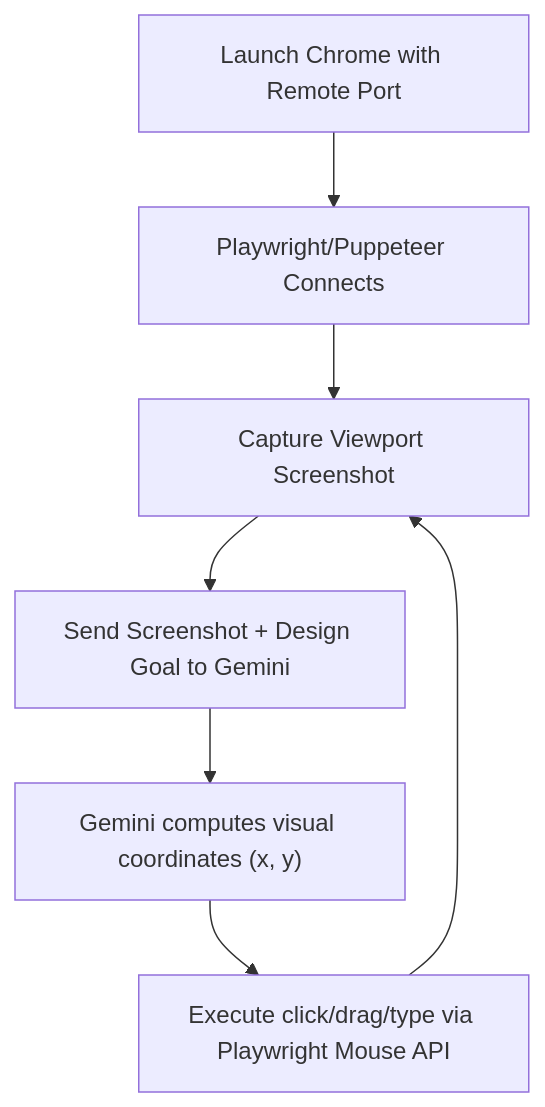
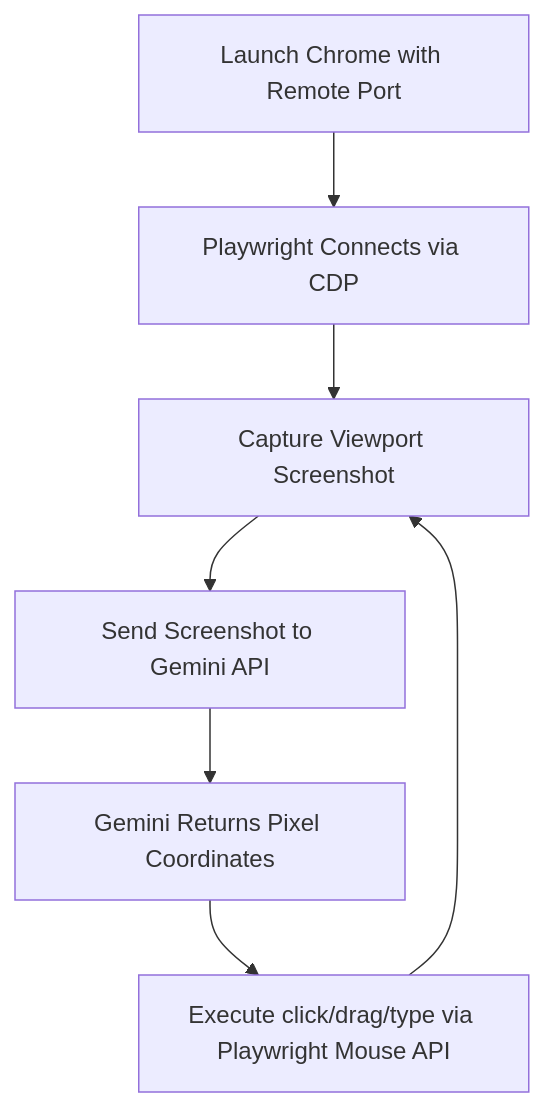
Before and after one commit to Bluejaypro-Team/gemini-computer-use-chrome-designer: the second of 2 diagrams in README.md, drawn with Mermaid. The commit also changed other lines of this file and 2 other files, not shown here.

First line of the commit message:
feat: dual-mode architecture — Agent-Native (MCP, zero API key) + Standalone Script

````diff
--- a/README.md
+++ b/README.md
@@ -32,9 +105,9 @@
 ```mermaid
 graph TD
-    A["Launch Chrome with Remote Port"] --> B["Playwright/Puppeteer Connects"]
+    A["Launch Chrome with Remote Port"] --> B["Playwright Connects via CDP"]
     B --> C["Capture Viewport Screenshot"]
-    C --> D["Send Screenshot + Design Goal to Gemini"]
-    D --> E["Gemini computes visual coordinates (x, y)"]
+    C --> D["Send Screenshot to Gemini API"]
+    D --> E["Gemini Returns Pixel Coordinates"]
     E --> F["Execute click/drag/type via Playwright Mouse API"]
     F --> C
 ```
````
